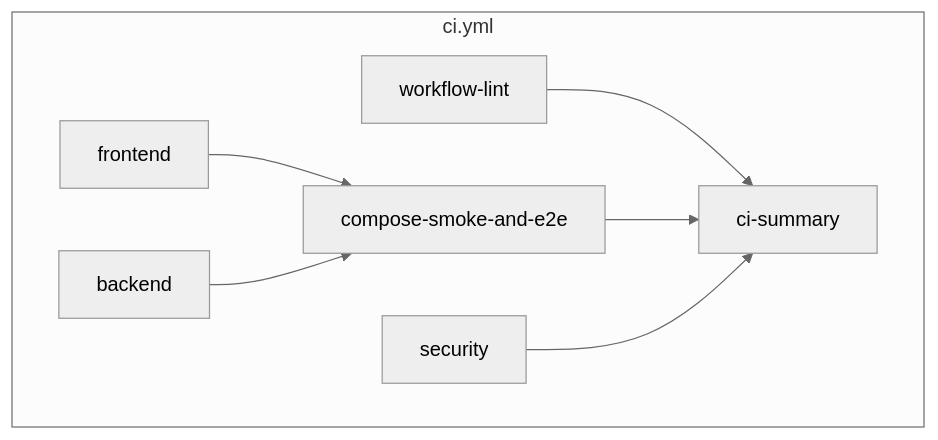
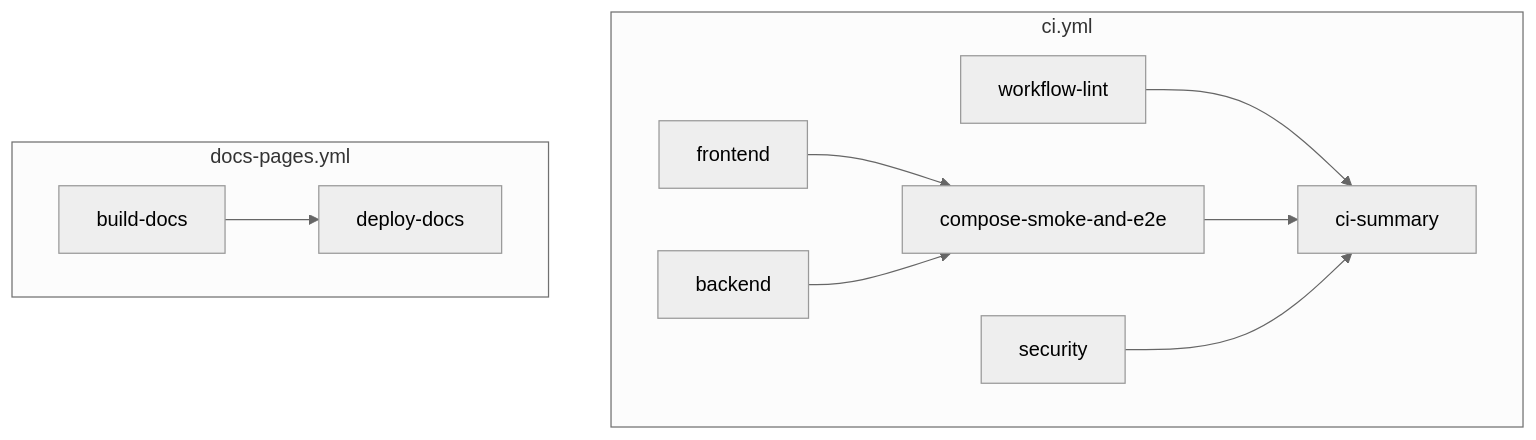
The diagram in CI.md (bastiion/tutor-certification), drawn with Mermaid (neutral theme) before and after one commit. The commit also changed other lines of this file and 3 other files, not shown here.

````diff
--- a/CI.md
+++ b/CI.md
@@ -201,16 +215,21 @@
 ```mermaid
 flowchart TD
   subgraph ciYml [ci.yml]
     WL[workflow-lint]
     FE[frontend]
     BE[backend]
     SEC[security]
     CE[compose-smoke-and-e2e]
     SUM[ci-summary]
     WL --> SUM
     FE --> CE
     BE --> CE
     CE --> SUM
     SEC --> SUM
   end
+  subgraph docsPages [docs-pages.yml]
+    BD[build-docs]
+    DD[deploy-docs]
+    BD --> DD
+  end
 ```
````
